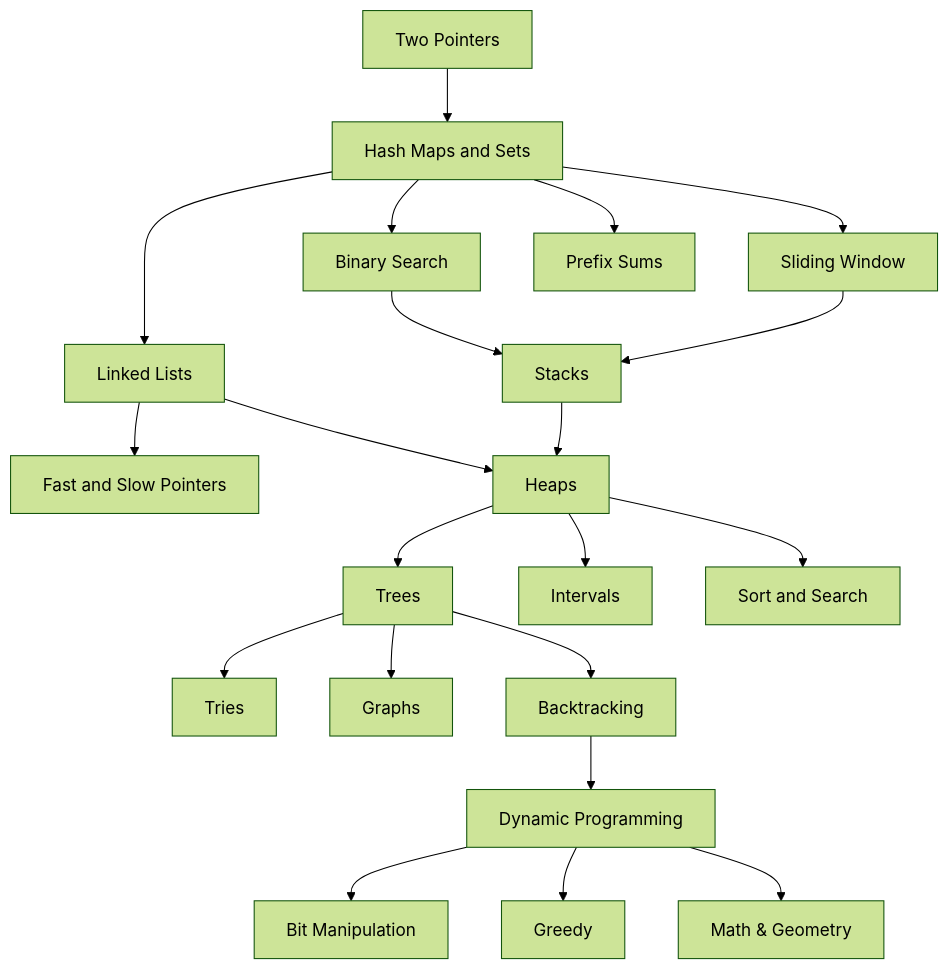
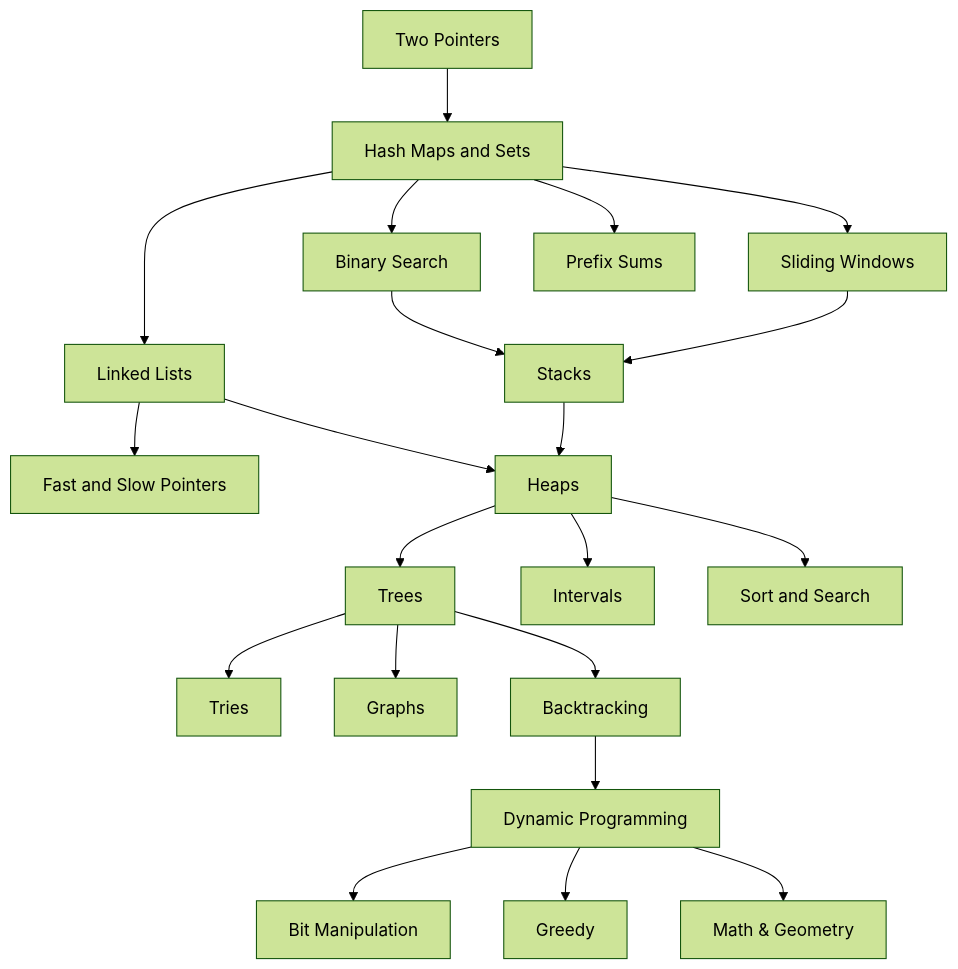
The diagram in 2 - DSA/DSA Overview.md (vqiu25/obsidian-notes), drawn with Mermaid (forest theme) before and after one commit. The commit also changed other lines of this file and 61 other files, not shown here.

````diff
--- a/2 - DSA/DSA Overview.md
+++ b/2 - DSA/DSA Overview.md
@@ -4,46 +4,46 @@
 ```mermaid
 graph TD
   A[Two Pointers]
   B[Hash Maps and Sets]
   C[Linked Lists]
   D[Binary Search]
-  E[Sliding Window]
+  E[Sliding Windows]
   F[Prefix Sums]
   G[Fast and Slow Pointers]
   H[Stacks]
   I[Heaps]
   J[Trees]
   K[Intervals]
   L[Sort and Search]
   M[Tries]
   N[Graphs]
   O[Backtracking]
   P[Dynamic Programming]
   Q[Bit Manipulation]
   R[Greedy]
   S[Math & Geometry]
 
   A --> B
   B --> C
   B --> D
   B --> E
   B --> F
   C --> G
   C --> I
   D --> H
   E --> H
   H --> I
   I --> J
   I --> K
   I --> L
   J --> M
   J --> N
   J --> O
   O --> P
   P --> Q
   P --> R
   P --> S
 
   %% Attach the internal-link class to nodes
   class A,B,C,D,E,F,G,H,I,J,K,L,M,N,O,P,Q,R,S internal-link;
 ```
````
